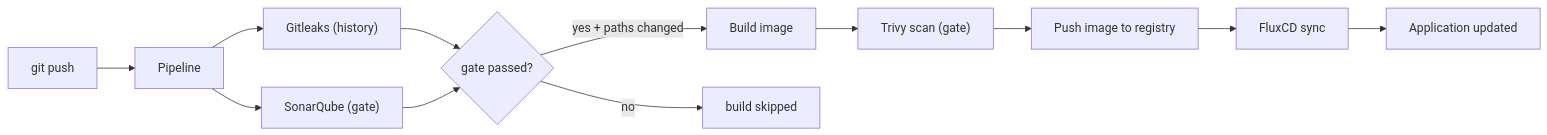
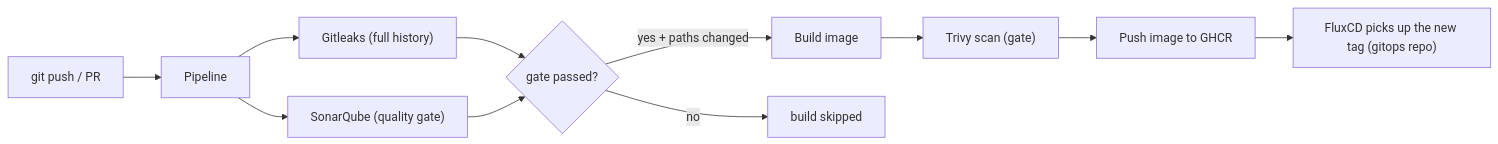
The second of 2 diagrams in README.md (traipoap/gitops-platform), drawn with Mermaid before and after one commit. The commit also changed other lines of this file, not shown here.

Commit message:
Rework README for the LUMINA application repo

````diff
--- a/README.md
+++ b/README.md
@@ -283,14 +184,13 @@
 ```mermaid
 flowchart LR
-    A["git push"] --> B["Pipeline"]
-    B --> S1["Gitleaks (history)"]
-    B --> S2["SonarQube (gate)"]
+    A["git push / PR"] --> B["Pipeline"]
+    B --> S1["Gitleaks (full history)"]
+    B --> S2["SonarQube (quality gate)"]
     S1 --> G{"gate passed?"}
     S2 --> G
     G -->|"yes + paths changed"| C["Build image"]
     G -->|"no"| X["build skipped"]
     C --> T["Trivy scan (gate)"]
-    T --> D["Push image to registry"]
-    D --> E["FluxCD sync"]
-    E --> H["Application updated"]
+    T --> D["Push image to GHCR"]
+    D --> E["FluxCD picks up the new tag (gitops repo)"]
 ```
````
